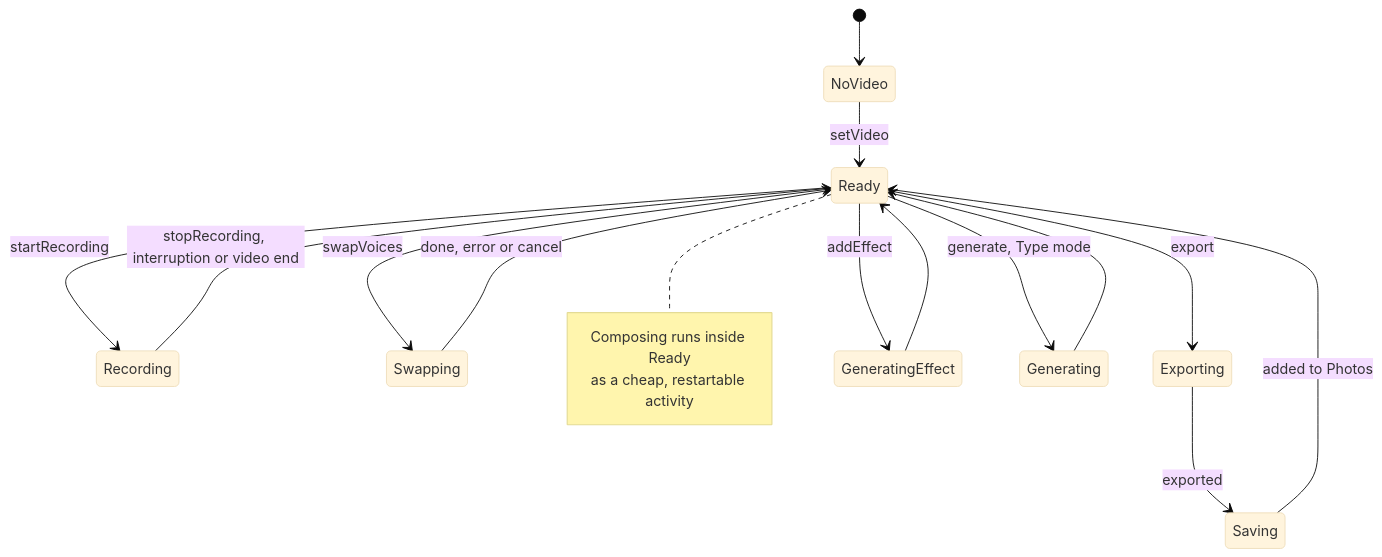
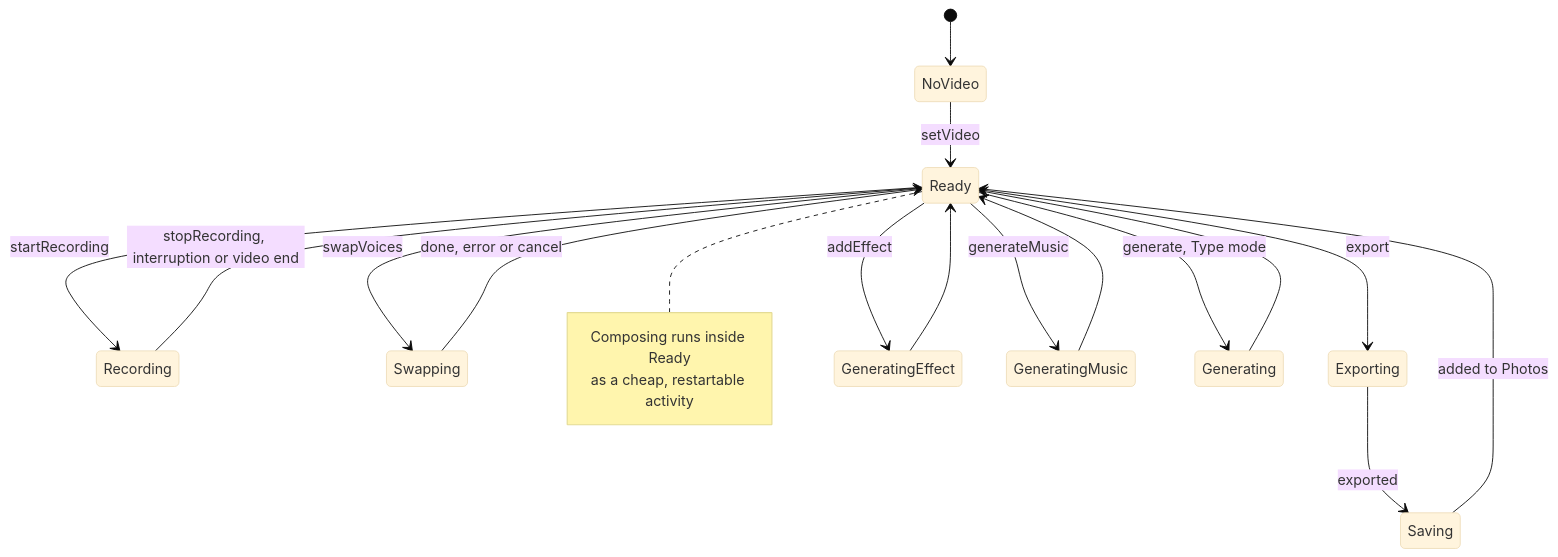
One commit to yvelkoa/VoiceoverStudio changed the fourth of 5 diagrams in docs/architecture.md. Above: the diagram before and after it, drawn with Mermaid (base theme). The commit also changed other lines of this file and 22 other files, not shown here.

````diff
--- a/docs/architecture.md
+++ b/docs/architecture.md
@@ -162,20 +162,22 @@
 ```mermaid
 stateDiagram-v2
     [*] --> NoVideo
     NoVideo --> Ready: setVideo
     Ready --> Recording: startRecording
     Recording --> Ready: stopRecording, interruption or video end
     Ready --> Swapping: swapVoices
     Swapping --> Ready: done, error or cancel
     Ready --> Exporting: export
     Exporting --> Saving: exported
     Saving --> Ready: added to Photos
     Ready --> GeneratingEffect: addEffect
     GeneratingEffect --> Ready
+    Ready --> GeneratingMusic: generateMusic
+    GeneratingMusic --> Ready
     Ready --> Generating: generate, Type mode
     Generating --> Ready
     note right of Ready
         Composing runs inside Ready
         as a cheap, restartable activity
     end note
 ```
````
